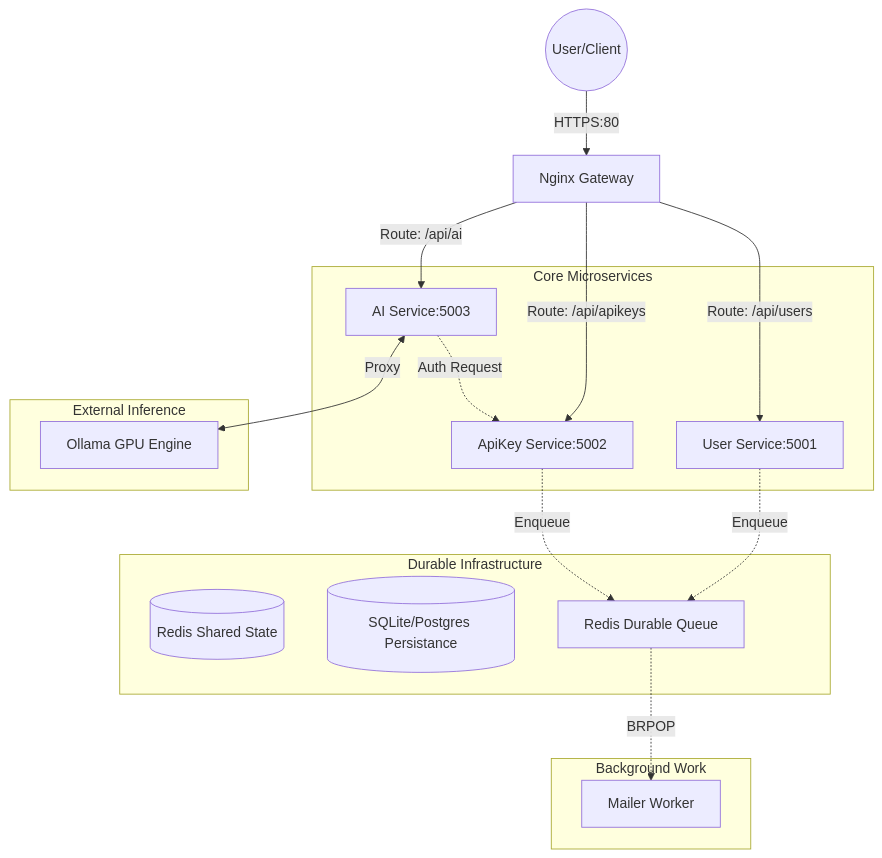
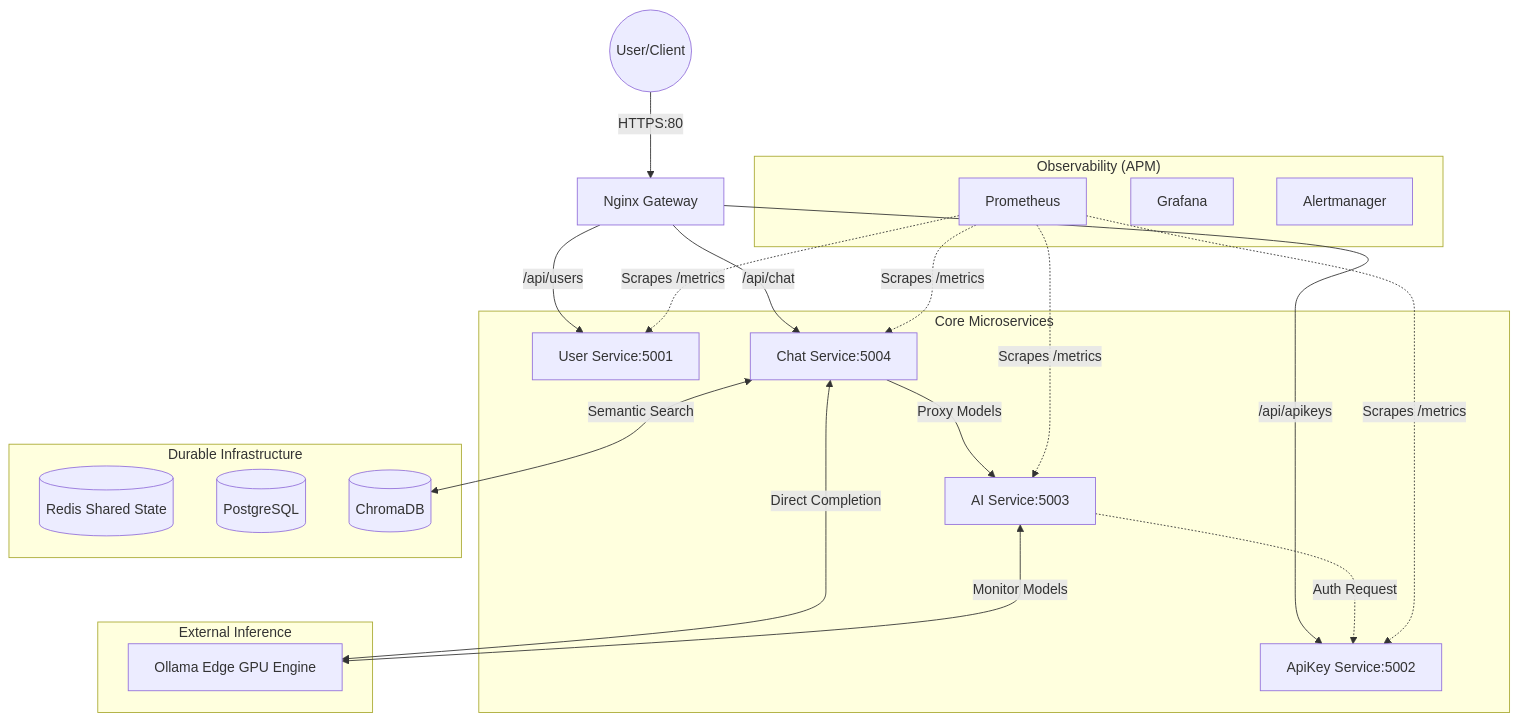
One commit to msivanesan/LLM-Orchestrator changed the diagram in README.md. Above: the diagram before and after it, drawn with Mermaid. The commit also changed other lines of this file and 36 other files, not shown here.

Commit message:
feat: integrate local Ollama LLM, persistent user memory, full APM stack, and operational docs

````diff
--- a/README.md
+++ b/README.md
@@ -16,41 +16,48 @@
 ```mermaid
 graph TD
     %% Entry Points
     User((User/Client)) -->|HTTPS:80| GW[Nginx Gateway]
     
     subgraph "Core Microservices"
         US[User Service:5001]
         AS[ApiKey Service:5002]
         AI[AI Service:5003]
+        CS[Chat Service:5004]
     end
 
     subgraph "Durable Infrastructure"
         R[(Redis Shared State)]
-        DB[(SQLite/Postgres Persistance)]
-        MQ[Redis Durable Queue]
+        DB[(PostgreSQL)]
+        VC[(ChromaDB)]
     end
 
-    subgraph "Background Work"
-        MW[Mailer Worker]
+    subgraph "Observability (APM)"
+        PR[Prometheus]
+        GR[Grafana]
+        AM[Alertmanager]
     end
 
     subgraph "External Inference"
-        OL[Ollama GPU Engine]
+        OL[Ollama Edge GPU Engine]
     end
 
     %% Flow logic
-    GW -->|Route: /api/users| US
-    GW -->|Route: /api/apikeys| AS
-    GW -->|Route: /api/ai| AI
+    GW -->|/api/users| US
+    GW -->|/api/apikeys| AS
+    GW -->|/api/chat| CS
+    
+    %% AI / Chat Logic
+    CS <-->|Semantic Search| VC
+    CS -->|Proxy Models| AI
+    CS <-->|Direct Completion| OL
+    AI <-->|Monitor Models| OL
     
     %% Auth Sidecar Logic
     AI -.->|Auth Request| AS
     
-    %% Async Logic
-    US -.->|Enqueue| MQ
-    AS -.->|Enqueue| MQ
-    MQ -.->|BRPOP| MW
-    
-    %% Inference Logic
-    AI <-->|Proxy| OL
+    %% Metrics
+    PR -.->|Scrapes /metrics| US
+    PR -.->|Scrapes /metrics| AS
+    PR -.->|Scrapes /metrics| CS
+    PR -.->|Scrapes /metrics| AI
 ```
````
